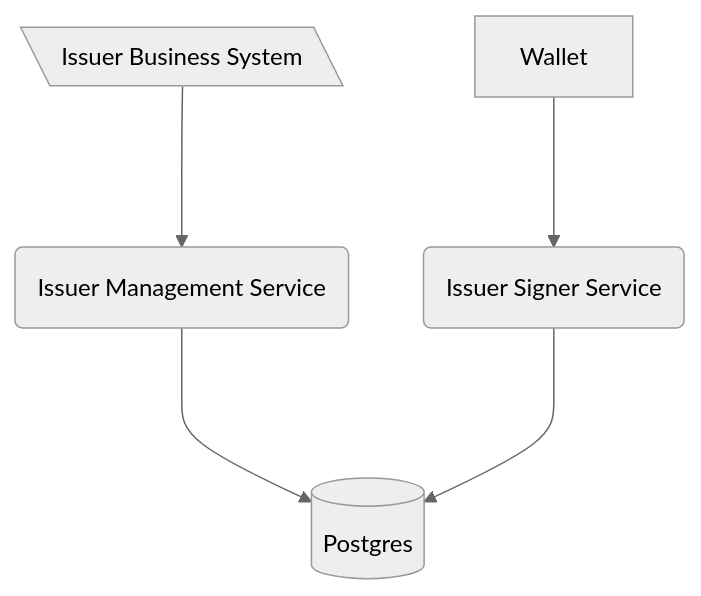
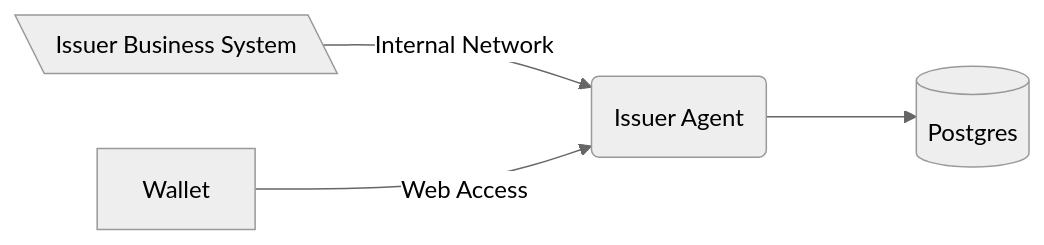
One commit to swiyu-admin-ch/swiyu-issuer changed the first of 4 diagrams in README.md. Above: the diagram before and after it, drawn with Mermaid (neutral theme). The commit also changed other lines of this file, not shown here.

````diff
--- a/README.md
+++ b/README.md
@@ -36,12 +33,10 @@
 ```mermaid
-flowchart TD
+flowchart LR
     issint[\Issuer Business System\]
-    isam(Issuer Management Service)
+    iss(Issuer Agent)
     isdb[(Postgres)]
-    isoi(Issuer Signer Service)
     wallet[Wallet]
-    issint ---> isam
-    isam ---> isdb
-    isoi ---> isdb
-    wallet ---> isoi
+    issint --Internal Network--> iss
+    iss ---> isdb
+    wallet --Web Access--> iss
 ```
````
